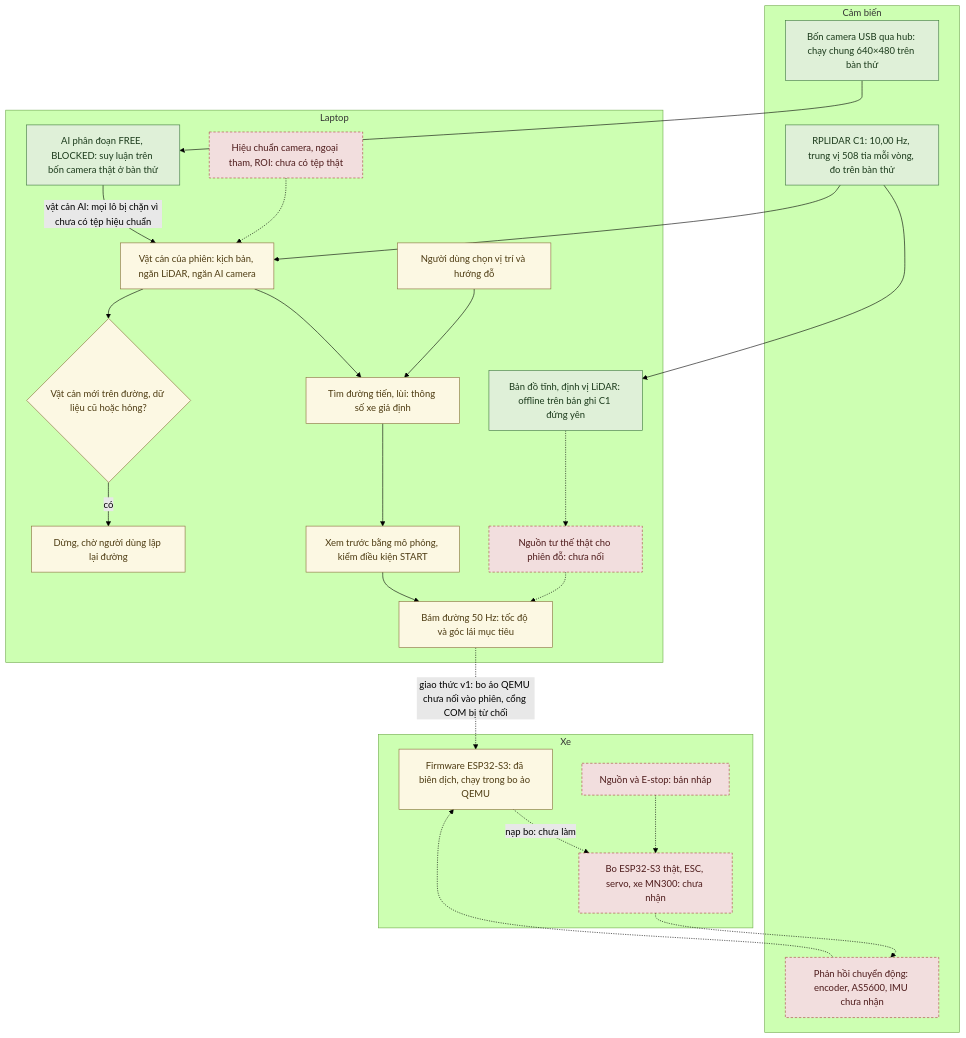
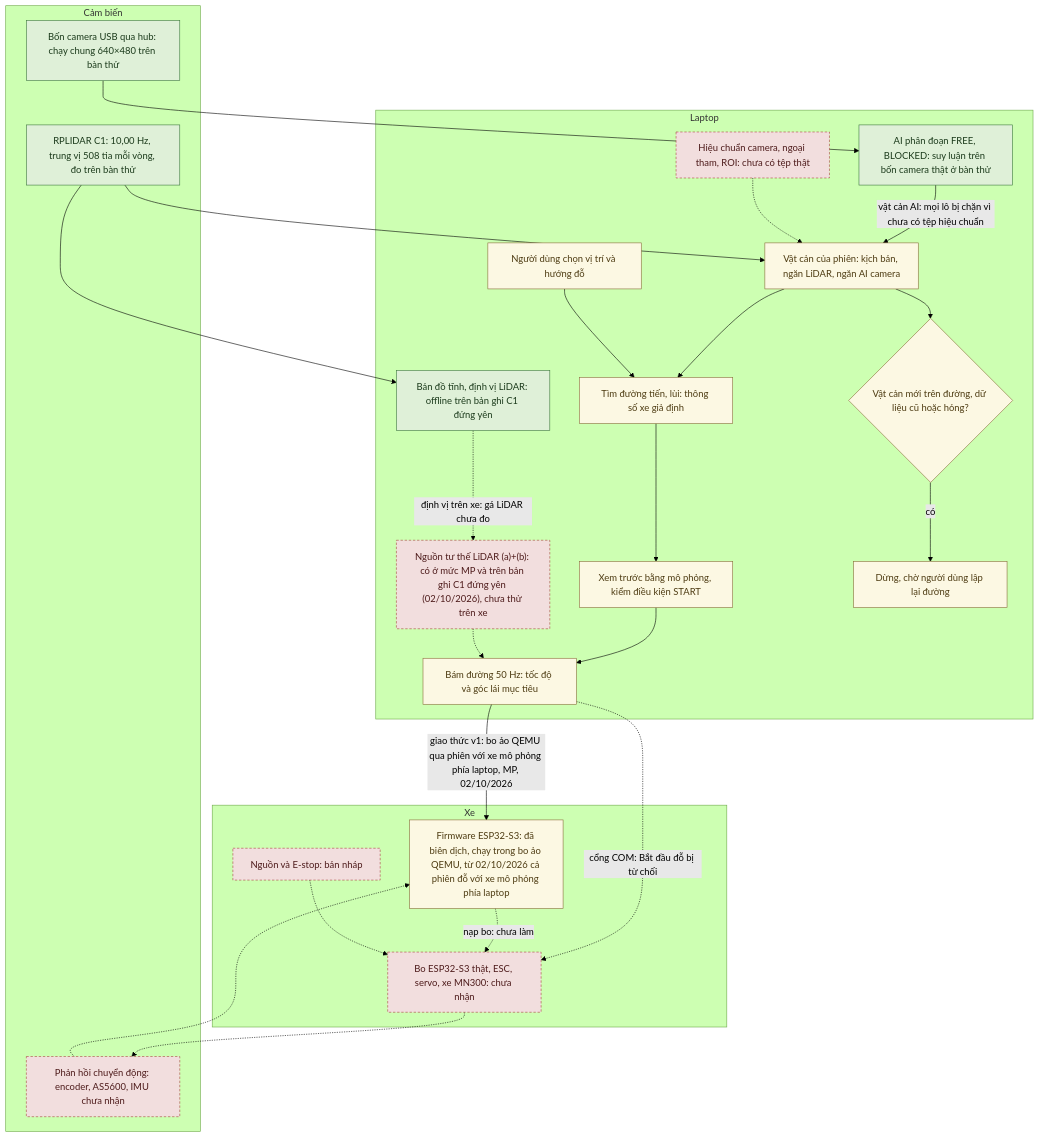
One commit to thbn12082/autopark changed the first of 50 diagrams in autopark/docs/SO_DO_HE_THONG.md. Above: the diagram before and after it, drawn with Mermaid (forest theme). The commit also changed other lines of this file and 223 other files, not shown here.

````diff
--- a/autopark/docs/SO_DO_HE_THONG.md
+++ b/autopark/docs/SO_DO_HE_THONG.md
@@ -65,49 +79,50 @@
 ```mermaid
 flowchart TD
     subgraph CAMBIEN["Cảm biến"]
         LID["RPLIDAR C1: 10,00 Hz, trung vị 508 tia mỗi vòng, đo trên bàn thử"]
         CAM["Bốn camera USB qua hub: chạy chung 640×480 trên bàn thử"]
         FB["Phản hồi chuyển động: encoder, AS5600, IMU chưa nhận"]
     end
     subgraph LAPTOP["Laptop"]
         MAP["Bản đồ tĩnh, định vị LiDAR: offline trên bản ghi C1 đứng yên"]
-        POSE["Nguồn tư thế thật cho phiên đỗ: chưa nối"]
+        POSE["Nguồn tư thế LiDAR (a)+(b): có ở mức MP và trên bản ghi C1 đứng yên (02/10/2026), chưa thử trên xe"]
         AI["AI phân đoạn FREE, BLOCKED: suy luận trên bốn camera thật ở bàn thử"]
         CAL["Hiệu chuẩn camera, ngoại tham, ROI: chưa có tệp thật"]
         OBS["Vật cản của phiên: kịch bản, ngăn LiDAR, ngăn AI camera"]
         USR["Người dùng chọn vị trí và hướng đỗ"]
         PLN["Tìm đường tiến, lùi: thông số xe giả định"]
         PRV["Xem trước bằng mô phỏng, kiểm điều kiện START"]
         TRK["Bám đường 50 Hz: tốc độ và góc lái mục tiêu"]
         CHK{"Vật cản mới trên đường, dữ liệu cũ hoặc hỏng?"}
         STP["Dừng, chờ người dùng lập lại đường"]
     end
     subgraph XE["Xe"]
-        ESP["Firmware ESP32-S3: đã biên dịch, chạy trong bo ảo QEMU"]
+        ESP["Firmware ESP32-S3: đã biên dịch, chạy trong bo ảo QEMU, từ 02/10/2026 cả phiên đỗ với xe mô phỏng phía laptop"]
         ACT["Bo ESP32-S3 thật, ESC, servo, xe MN300: chưa nhận"]
         PWR["Nguồn và E-stop: bản nháp"]
     end
     LID --> MAP
-    MAP -.-> POSE
+    MAP -.->|định vị trên xe: gá LiDAR chưa đo| POSE
     CAM --> AI
     AI -->|vật cản AI: mọi lô bị chặn vì chưa có tệp hiệu chuẩn| OBS
     CAL -.-> OBS
     LID --> OBS
     OBS --> PLN
     USR --> PLN
     PLN --> PRV --> TRK
     POSE -.-> TRK
-    TRK -.->|giao thức v1: bo ảo QEMU chưa nối vào phiên, cổng COM bị từ chối| ESP
+    TRK -->|giao thức v1: bo ảo QEMU qua phiên với xe mô phỏng phía laptop, MP, 02/10/2026| ESP
+    TRK -.->|cổng COM: Bắt đầu đỗ bị từ chối| ACT
     ESP -.->|nạp bo: chưa làm| ACT
     ACT -.-> FB
     FB -.-> ESP
     OBS --> CHK
     CHK -->|có| STP
     PWR -.-> ACT
     classDef daco fill:#dff0d8,stroke:#3c763d,color:#1b3a1b
     classDef giaLap fill:#fcf8e3,stroke:#8a6d3b,color:#4d3b12
     classDef chuaLam fill:#f2dede,stroke:#a94442,color:#4d1a1a,stroke-dasharray: 4 3
     class LID,CAM,AI,MAP daco
     class USR,PLN,OBS,PRV,TRK,CHK,STP,ESP giaLap
     class FB,POSE,CAL,ACT,PWR chuaLam
 ```
````
